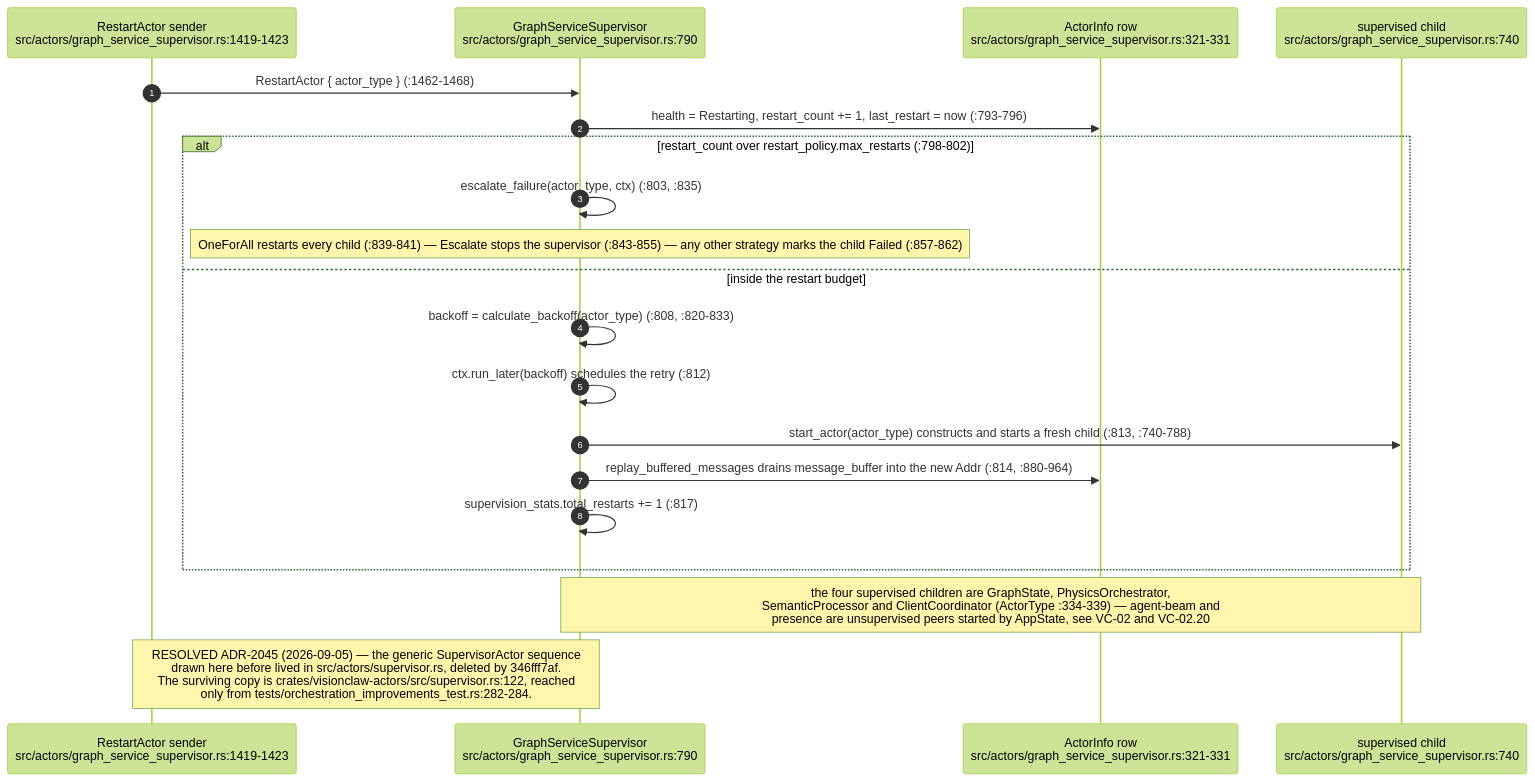
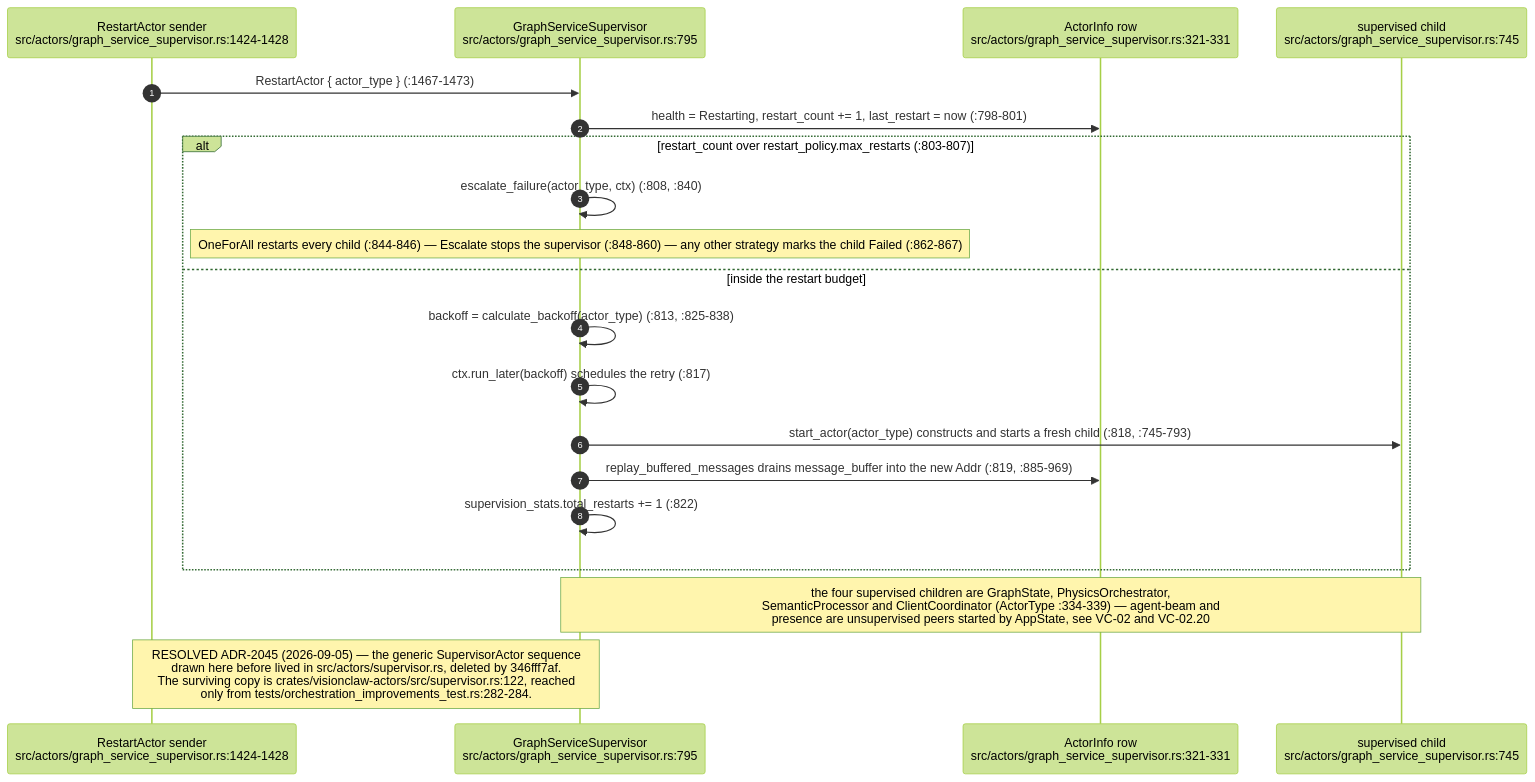
The fifth of 14 diagrams in docs/diagrams/visionclaw/02-actor-supervision.md (DreamLab-AI/VisionFlow), drawn with Mermaid (forest theme) before and after one commit. The commit also changed other lines of this file and 173 other files, not shown here.

````diff
--- a/docs/diagrams/visionclaw/02-actor-supervision.md
+++ b/docs/diagrams/visionclaw/02-actor-supervision.md
@@ -218,23 +222,23 @@
 ```mermaid
 sequenceDiagram
     autonumber
-    participant OP as RestartActor sender<br/>src/actors/graph_service_supervisor.rs:1419-1423
-    participant S as GraphServiceSupervisor<br/>src/actors/graph_service_supervisor.rs:790
+    participant OP as RestartActor sender<br/>src/actors/graph_service_supervisor.rs:1424-1428
+    participant S as GraphServiceSupervisor<br/>src/actors/graph_service_supervisor.rs:795
     participant AI as ActorInfo row<br/>src/actors/graph_service_supervisor.rs:321-331
-    participant CH as supervised child<br/>src/actors/graph_service_supervisor.rs:740
+    participant CH as supervised child<br/>src/actors/graph_service_supervisor.rs:745
 
-    OP->>S: RestartActor { actor_type } (:1462-1468)
-    S->>AI: health = Restarting, restart_count += 1, last_restart = now (:793-796)
-    alt restart_count over restart_policy.max_restarts (:798-802)
-        S->>S: escalate_failure(actor_type, ctx) (:803, :835)
-        Note over S: OneForAll restarts every child (:839-841) — Escalate stops the supervisor (:843-855) — any other strategy marks the child Failed (:857-862)
+    OP->>S: RestartActor { actor_type } (:1467-1473)
+    S->>AI: health = Restarting, restart_count += 1, last_restart = now (:798-801)
+    alt restart_count over restart_policy.max_restarts (:803-807)
+        S->>S: escalate_failure(actor_type, ctx) (:808, :840)
+        Note over S: OneForAll restarts every child (:844-846) — Escalate stops the supervisor (:848-860) — any other strategy marks the child Failed (:862-867)
     else inside the restart budget
-        S->>S: backoff = calculate_backoff(actor_type) (:808, :820-833)
-        S->>S: ctx.run_later(backoff) schedules the retry (:812)
-        S->>CH: start_actor(actor_type) constructs and starts a fresh child (:813, :740-788)
-        S->>AI: replay_buffered_messages drains message_buffer into the new Addr (:814, :880-964)
-        S->>S: supervision_stats.total_restarts += 1 (:817)
+        S->>S: backoff = calculate_backoff(actor_type) (:813, :825-838)
+        S->>S: ctx.run_later(backoff) schedules the retry (:817)
+        S->>CH: start_actor(actor_type) constructs and starts a fresh child (:818, :745-793)
+        S->>AI: replay_buffered_messages drains message_buffer into the new Addr (:819, :885-969)
+        S->>S: supervision_stats.total_restarts += 1 (:822)
     end
     Note over S,CH: the four supervised children are GraphState, PhysicsOrchestrator,<br/>SemanticProcessor and ClientCoordinator (ActorType :334-339) — agent-beam and<br/>presence are unsupervised peers started by AppState, see VC-02 and VC-02.20
     Note over OP,S: RESOLVED ADR-2045 (2026-09-05) — the generic SupervisorActor sequence<br/>drawn here before lived in src/actors/supervisor.rs, deleted by 346fff7af.<br/>The surviving copy is crates/visionclaw-actors/src/supervisor.rs:122, reached<br/>only from tests/orchestration_improvements_test.rs:282-284.
 ```
````
